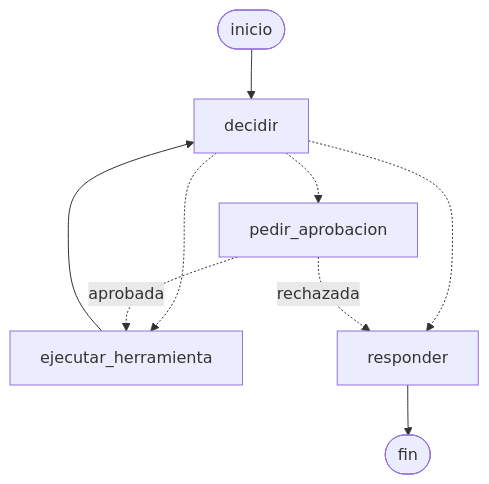
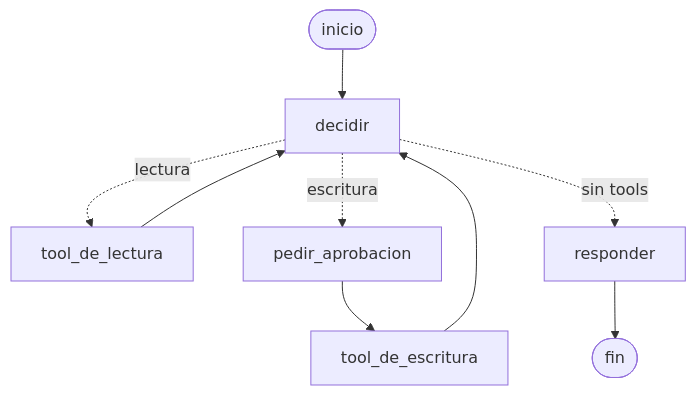
Before and after one commit to gonzazago/FDE: the diagram in README.md, drawn with Mermaid. The commit also changed other lines of this file and 50 other files, not shown here.

````diff
--- a/README.md
+++ b/README.md
@@ -10,11 +38,11 @@
 ```mermaid
 graph TD;
-  __start__([inicio]) --> decidir;
-  decidir -.-> ejecutar_herramienta;
-  decidir -.-> pedir_aprobacion;
-  decidir -.-> responder;
-  ejecutar_herramienta --> decidir;
-  pedir_aprobacion -.aprobada.-> ejecutar_herramienta;
-  pedir_aprobacion -.rechazada.-> responder;
-  responder --> __end__([fin]);
+  inicio([inicio]) --> decidir;
+  decidir -.lectura.-> tool_de_lectura;
+  decidir -.escritura.-> pedir_aprobacion;
+  decidir -.sin tools.-> responder;
+  pedir_aprobacion --> tool_de_escritura;
+  tool_de_lectura --> decidir;
+  tool_de_escritura --> decidir;
+  responder --> fin([fin]);
 ```
````
